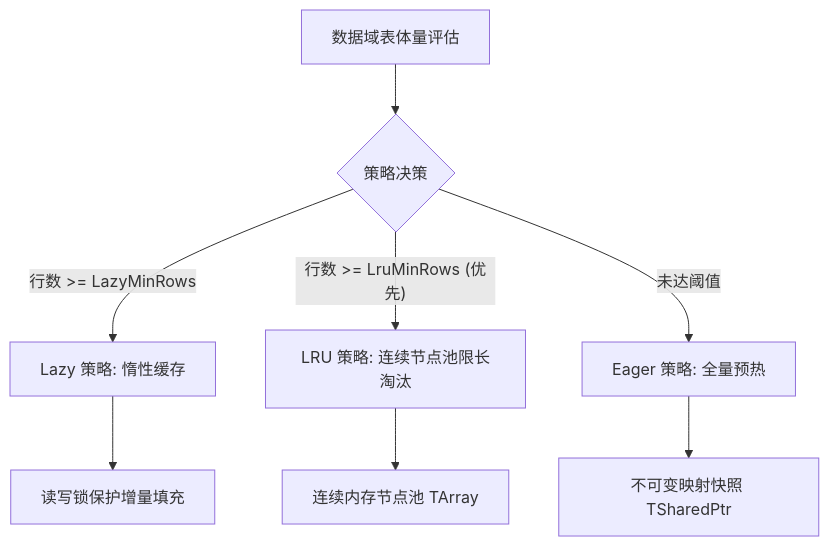
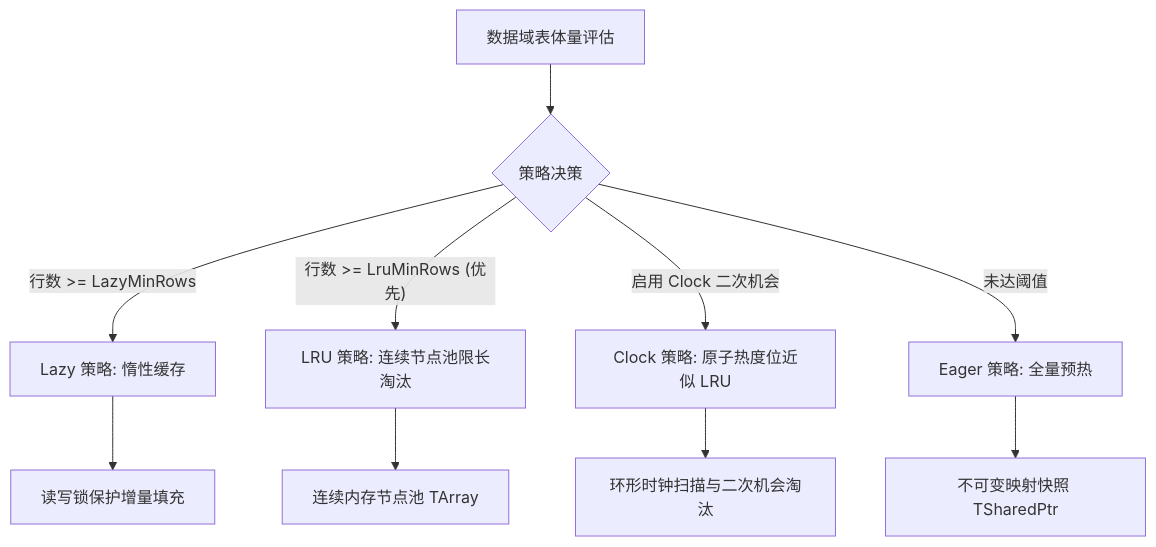
The diagram in Plugins/GameCore/Docs/Architecture/CachingAndMemory.md (YIice-cwj/ue5-toolkit), drawn with Mermaid before and after one commit. The commit also changed other lines of this file and 122 other files, not shown here.

````diff
--- a/Plugins/GameCore/Docs/Architecture/CachingAndMemory.md
+++ b/Plugins/GameCore/Docs/Architecture/CachingAndMemory.md
@@ -16,11 +21,13 @@
 ```mermaid
 graph TD
     Data[数据域表体量评估] --> Auto{策略决策}
     Auto -- "行数 >= LazyMinRows" --> Lazy[Lazy 策略: 惰性缓存]
     Auto -- "行数 >= LruMinRows (优先)" --> LRU[LRU 策略: 连续节点池限长淘汰]
+    Auto -- "启用 Clock 二次机会" --> Clock[Clock 策略: 原子热度位近似 LRU]
     Auto -- "未达阈值" --> Eager[Eager 策略: 全量预热]
 
     Eager --> Snapshot[不可变映射快照 TSharedPtr<const TMap>]
     Lazy --> MutexMap[读写锁保护增量填充]
     LRU --> PoolArray[连续内存节点池 TArray<FLruIndexPool::FLruNode>]
+    Clock --> ClockRing[环形时钟扫描与二次机会淘汰]
 ```
````
